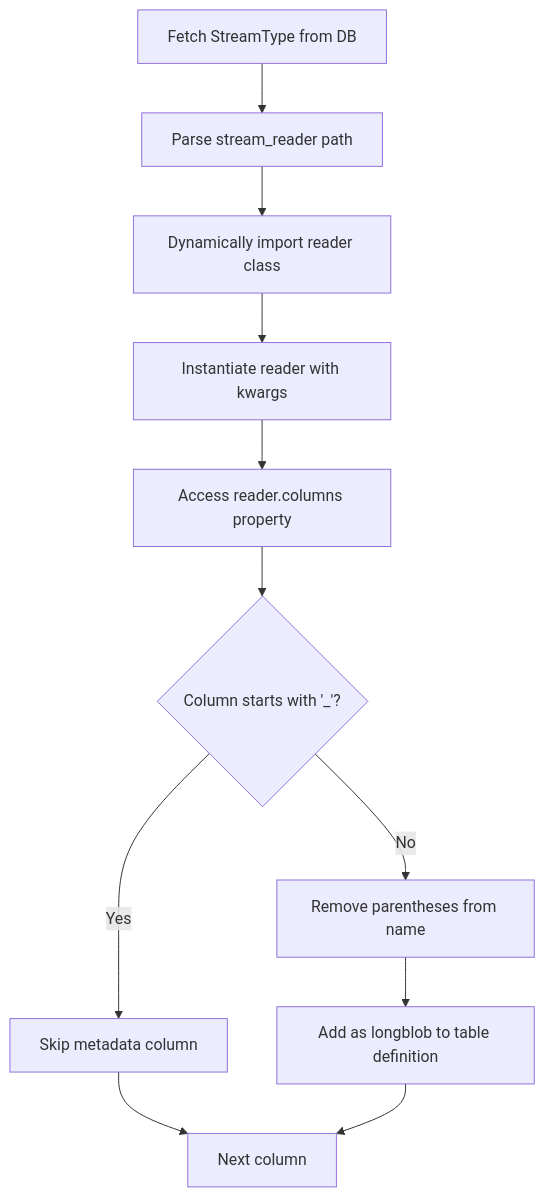
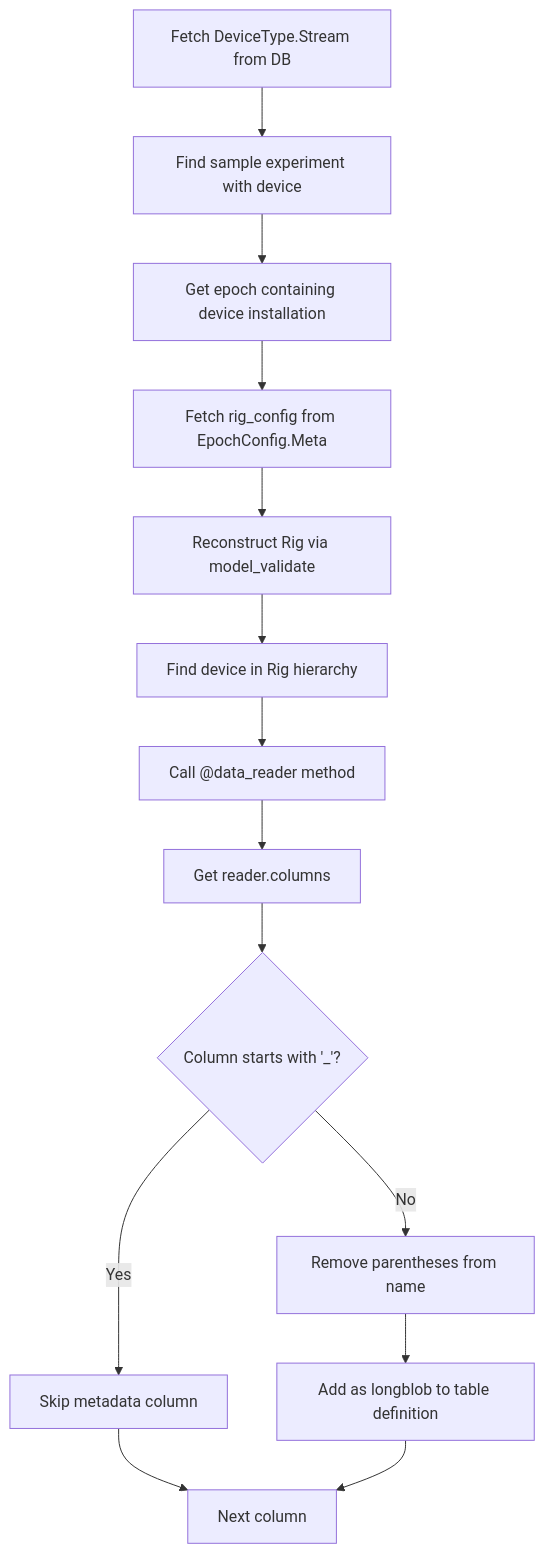
The diagram in docs/specs/SPEC_STREAMS_MAKER.md (SainsburyWellcomeCentre/aeon_mecha), drawn with Mermaid before and after one commit. The commit also changed other lines of this file and 3 other files, not shown here.

````diff
--- a/docs/specs/SPEC_STREAMS_MAKER.md
+++ b/docs/specs/SPEC_STREAMS_MAKER.md
@@ -269,13 +336,16 @@
 ```mermaid
 graph TD
-    A[Fetch StreamType from DB] --> B[Parse stream_reader path]
-    B --> C[Dynamically import reader class]
-    C --> D[Instantiate reader with kwargs]
-    D --> E[Access reader.columns property]
-    E --> F{Column starts with '_'?}
-    F -->|Yes| G[Skip metadata column]
-    F -->|No| H[Remove parentheses from name]
-    H --> I[Add as longblob to table definition]
-    G --> J[Next column]
-    I --> J
+    A[Fetch DeviceType.Stream from DB] --> B[Find sample experiment with device]
+    B --> C[Get epoch containing device installation]
+    C --> D[Fetch rig_config from EpochConfig.Meta]
+    D --> E[Reconstruct Rig via model_validate]
+    E --> F[Find device in Rig hierarchy]
+    F --> G[Call @data_reader method]
+    G --> H[Get reader.columns]
+    H --> I{Column starts with '_'?}
+    I -->|Yes| J[Skip metadata column]
+    I -->|No| K[Remove parentheses from name]
+    K --> L[Add as longblob to table definition]
+    J --> M[Next column]
+    L --> M
 ```
````
